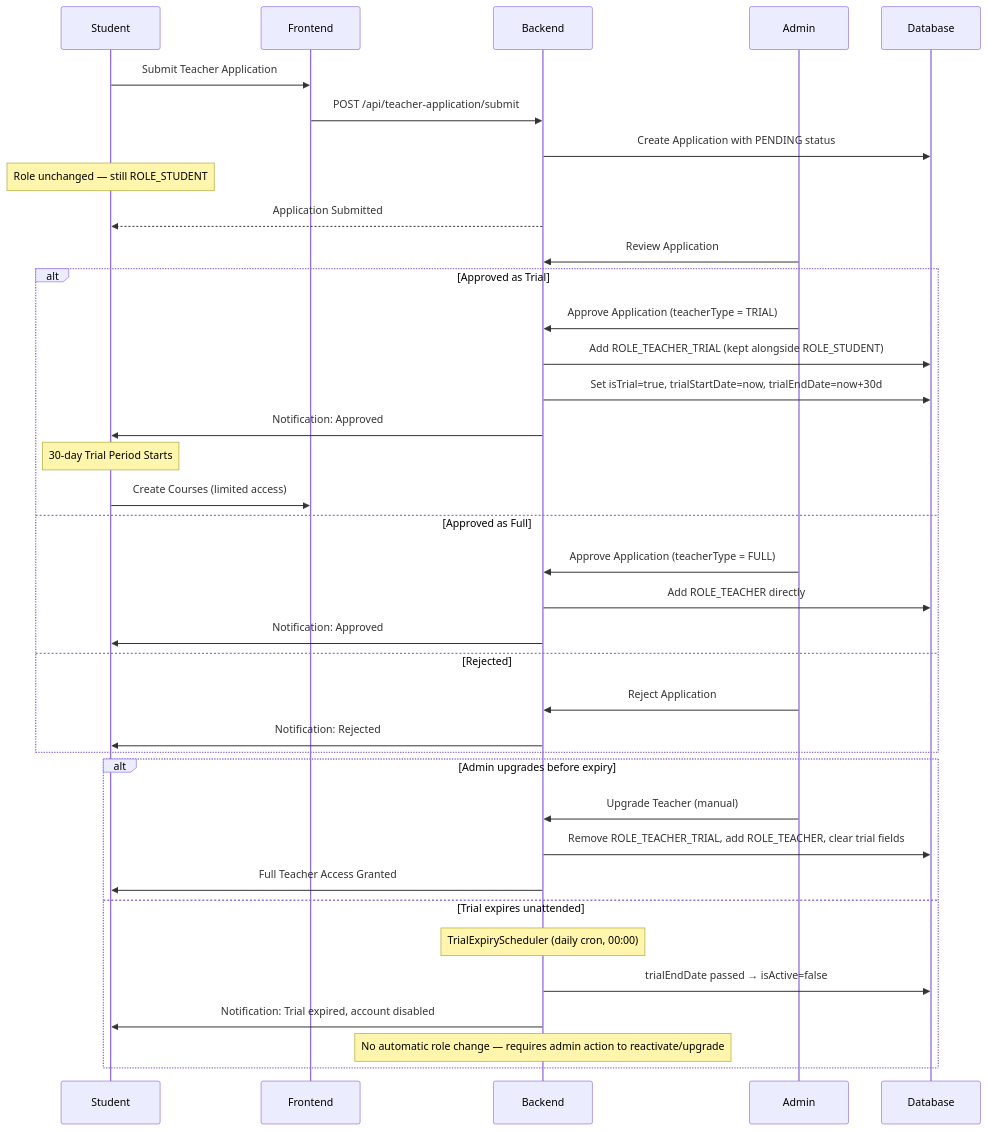
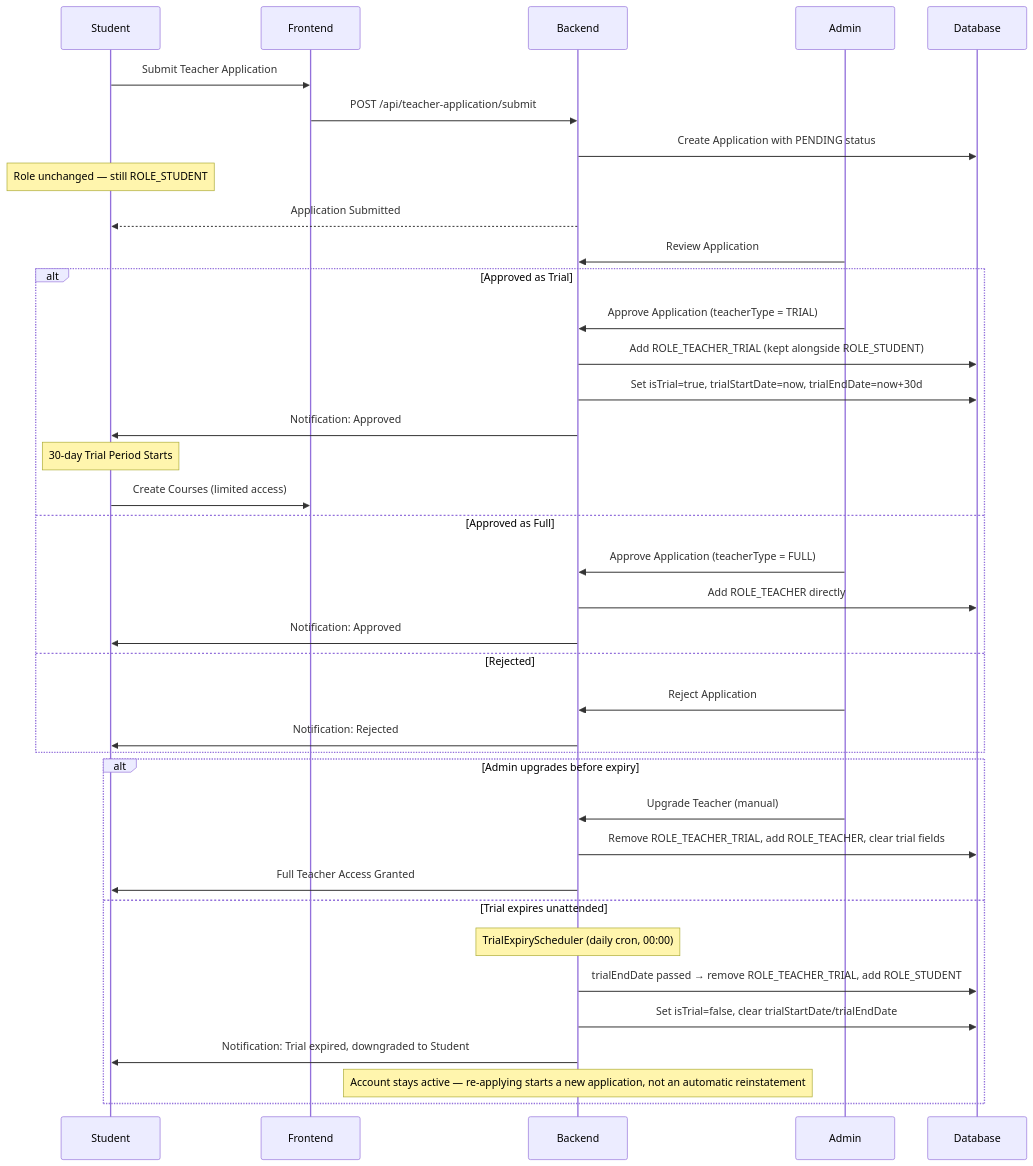
Before and after one commit to HuuLocFIT/EduMind: the fourth of 10 diagrams in docs/workflows/auth_workflows.md, drawn with Mermaid. The commit also changed other lines of this file and 31 other files, not shown here.

````diff
--- a/docs/workflows/auth_workflows.md
+++ b/docs/workflows/auth_workflows.md
@@ -111,42 +115,43 @@
 ```mermaid
 sequenceDiagram
     participant Student
     participant Frontend
     participant Backend
     participant Admin
     participant Database
 
     Student->>Frontend: Submit Teacher Application
     Frontend->>Backend: POST /api/teacher-application/submit
     Backend->>Database: Create Application with PENDING status
     Note over Student: Role unchanged — still ROLE_STUDENT
     Backend-->>Student: Application Submitted
     
     Admin->>Backend: Review Application
     alt Approved as Trial
         Admin->>Backend: Approve Application (teacherType = TRIAL)
         Backend->>Database: Add ROLE_TEACHER_TRIAL (kept alongside ROLE_STUDENT)
         Backend->>Database: Set isTrial=true, trialStartDate=now, trialEndDate=now+30d
         Backend->>Student: Notification: Approved
         Note over Student: 30-day Trial Period Starts
         Student->>Frontend: Create Courses (limited access)
     else Approved as Full
         Admin->>Backend: Approve Application (teacherType = FULL)
         Backend->>Database: Add ROLE_TEACHER directly
         Backend->>Student: Notification: Approved
     else Rejected
         Admin->>Backend: Reject Application
         Backend->>Student: Notification: Rejected
     end
     
     alt Admin upgrades before expiry
         Admin->>Backend: Upgrade Teacher (manual)
         Backend->>Database: Remove ROLE_TEACHER_TRIAL, add ROLE_TEACHER, clear trial fields
         Backend->>Student: Full Teacher Access Granted
     else Trial expires unattended
         Note over Backend: TrialExpiryScheduler (daily cron, 00:00)
-        Backend->>Database: trialEndDate passed → isActive=false
-        Backend->>Student: Notification: Trial expired, account disabled
-        Note over Backend: No automatic role change — requires admin action to reactivate/upgrade
+        Backend->>Database: trialEndDate passed → remove ROLE_TEACHER_TRIAL, add ROLE_STUDENT
+        Backend->>Database: Set isTrial=false, clear trialStartDate/trialEndDate
+        Backend->>Student: Notification: Trial expired, downgraded to Student
+        Note over Backend: Account stays active — re-applying starts a new application, not an automatic reinstatement
     end
 ```
````
